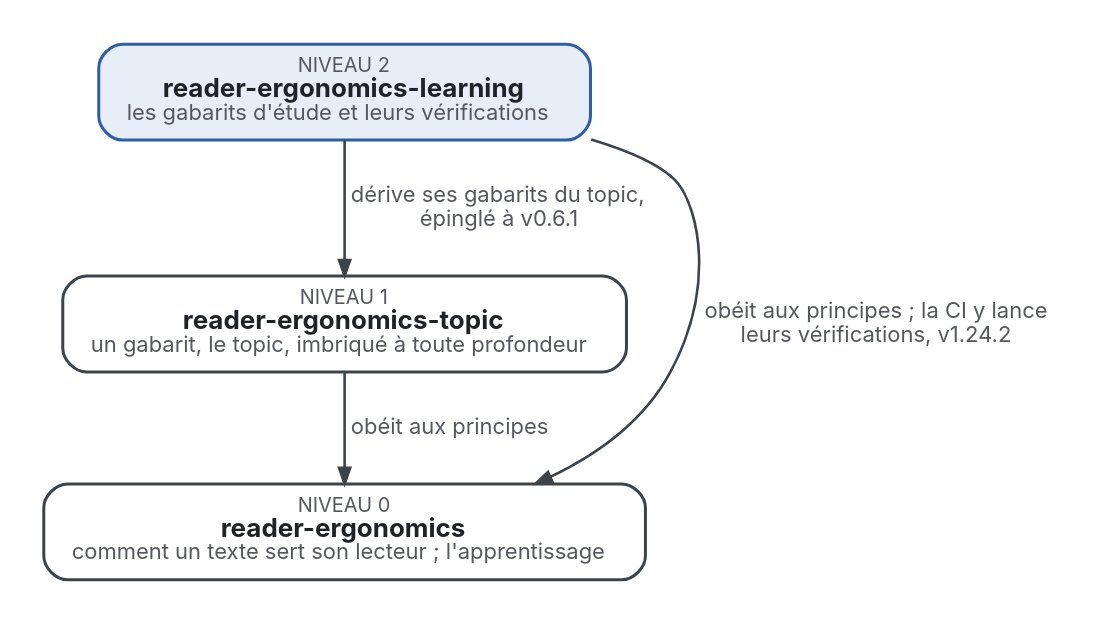
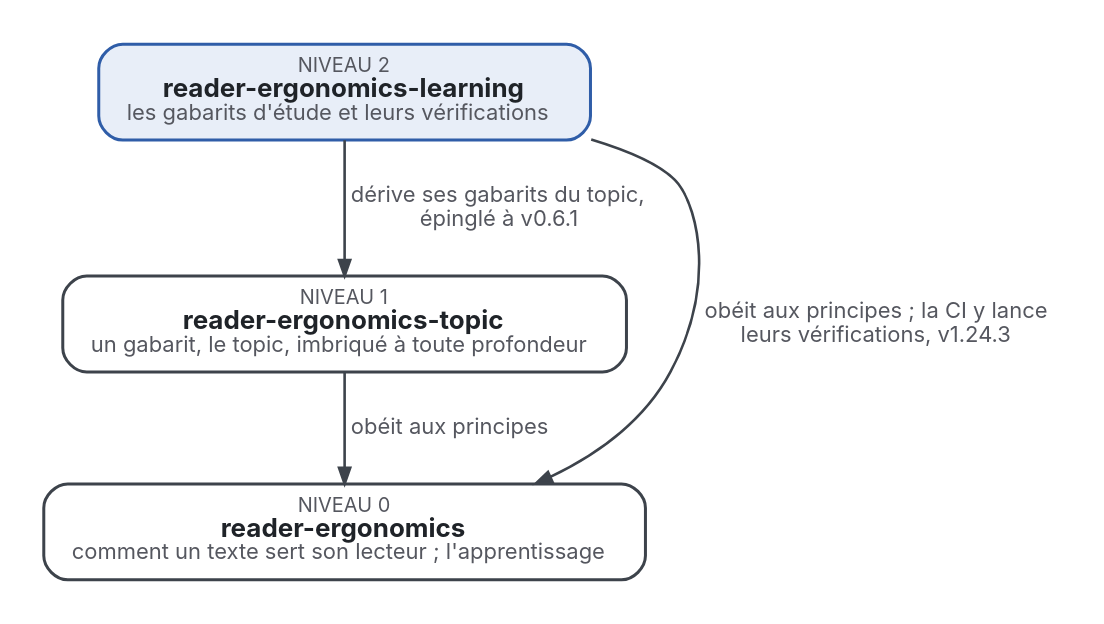
One commit to Tewf/reader-ergonomics-learning changed the diagram in where-it-sits.fr.dot. Above: the diagram before and after it, drawn with Graphviz. The commit also changed 33 other files, not shown here.

```diff
--- a/where-it-sits.fr.dot
+++ b/where-it-sits.fr.dot
@@ -1,11 +1,11 @@
 digraph niveaux {
   graph [rankdir=TB, nodesep=0.6, ranksep=0.6, bgcolor="white", pad=0.2, fontname="Inter"];
   node  [shape=box, style="rounded,filled", fontname="Inter", fontsize=13, margin="0.2,0.1", penwidth=1.5, fontcolor="#1F2328"];
   edge  [fontname="Inter", fontsize=11, color="#3D434B", fontcolor="#55575F", penwidth=1.3, arrowsize=0.8];
   L [label=<<font point-size="10" color="#55575F">NIVEAU 2</font><br/><b>reader-ergonomics-learning</b><br/><font point-size="11" color="#55575F">les gabarits d'étude et leurs vérifications</font>>, fillcolor="#E8EEF8", color="#2F5DA8"];
   T [label=<<font point-size="10" color="#55575F">NIVEAU 1</font><br/><b>reader-ergonomics-topic</b><br/><font point-size="11" color="#55575F">un gabarit, le topic, imbriqué à toute profondeur</font>>, fillcolor="#FFFFFF", color="#3D434B"];
   R [label=<<font point-size="10" color="#55575F">NIVEAU 0</font><br/><b>reader-ergonomics</b><br/><font point-size="11" color="#55575F">comment un texte sert son lecteur ; l'apprentissage</font>>, fillcolor="#FFFFFF", color="#3D434B"];
   L -> T [label=<  dérive ses gabarits du topic,<br/>  épinglé à v0.6.1>];
   T -> R [label=<  obéit aux principes>];
-  L -> R [label=<  obéit aux principes ; la CI y lance<br/>  leurs vérifications, v1.24.2>, constraint=false];
+  L -> R [label=<  obéit aux principes ; la CI y lance<br/>  leurs vérifications, v1.24.3>, constraint=false];
 }
```
